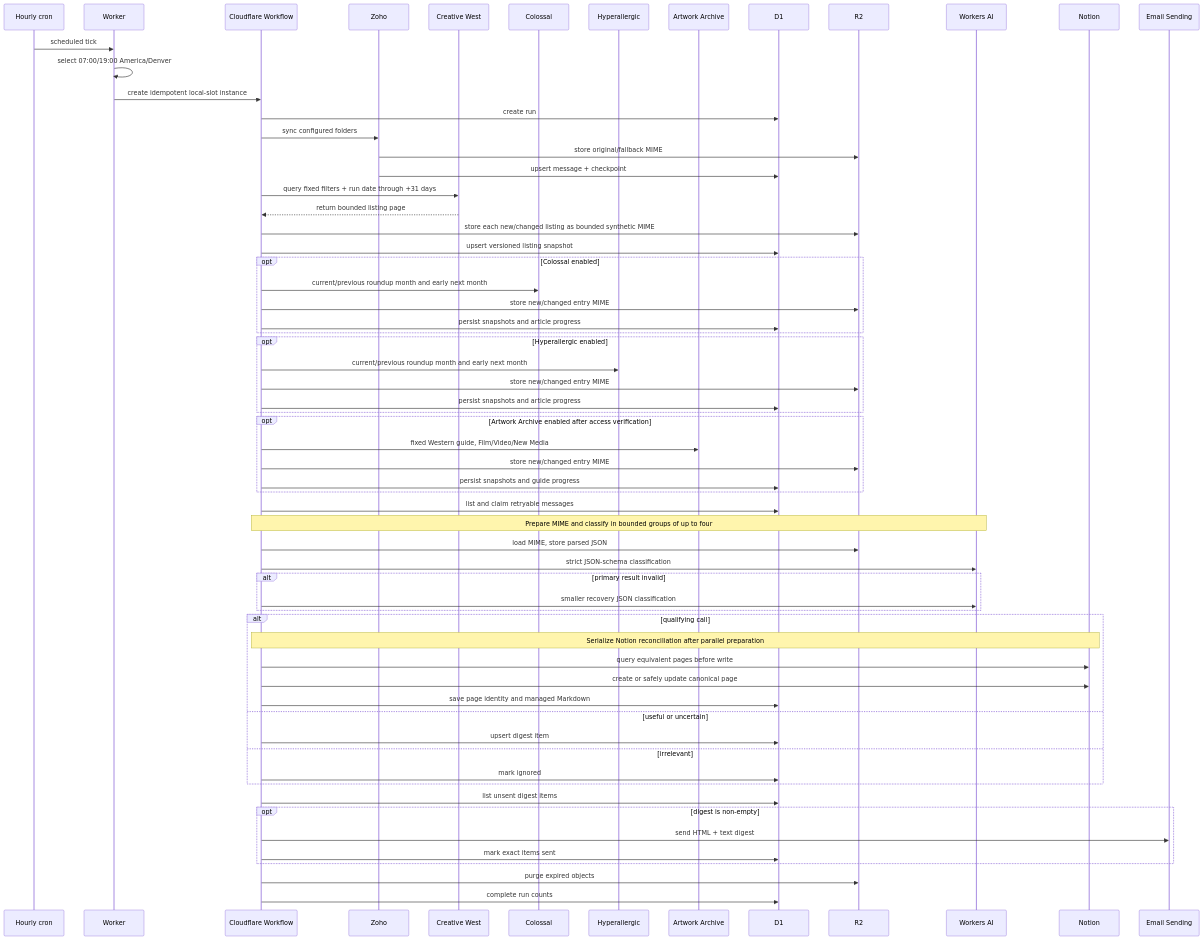
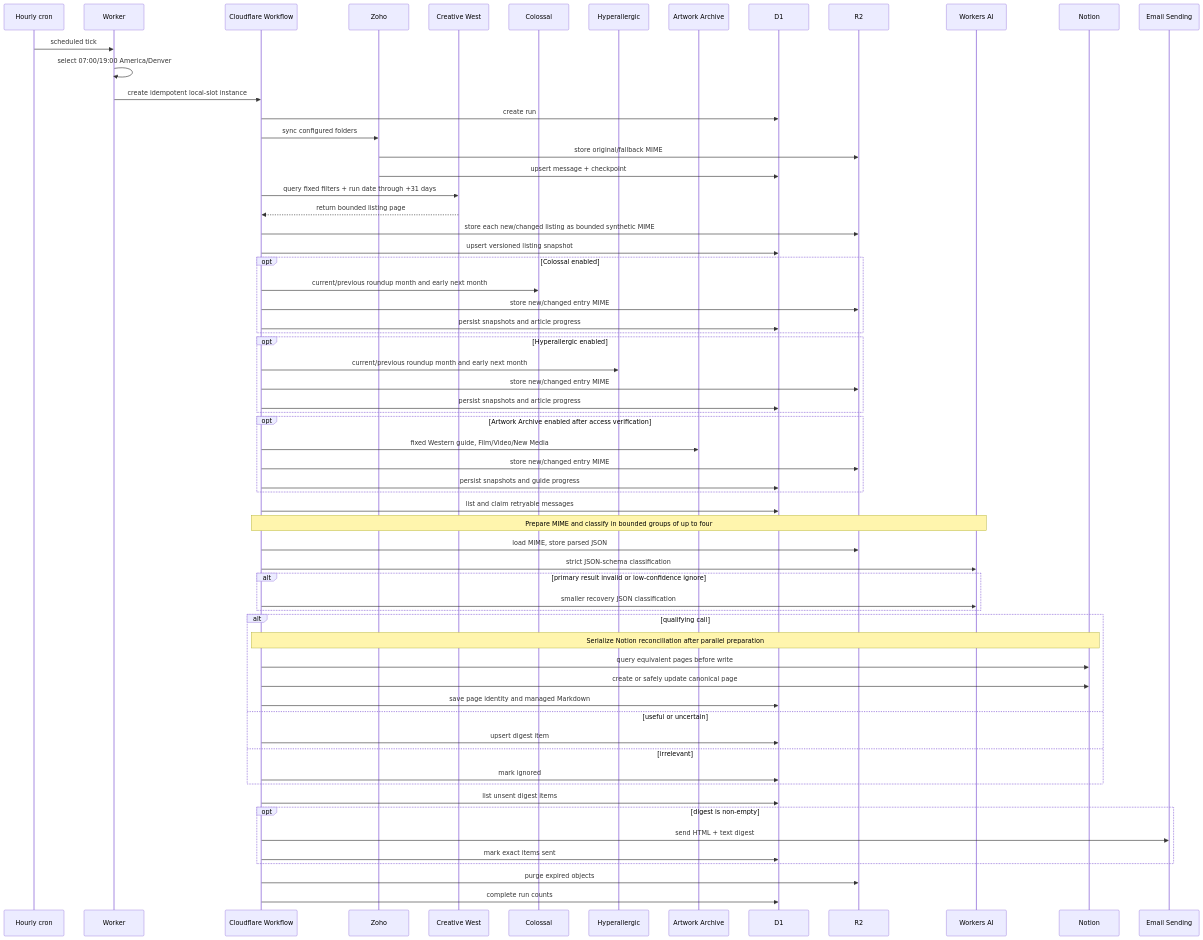
The diagram in docs/ARCHITECTURE.md (aindaco1/dust-wave-opportunity-radar), drawn with Mermaid before and after one commit. The commit also changed other lines of this file and 33 other files, not shown here.

````diff
--- a/docs/ARCHITECTURE.md
+++ b/docs/ARCHITECTURE.md
@@ -27,67 +27,67 @@
 ```mermaid
 sequenceDiagram
   participant Cron as Hourly cron
   participant Worker
   participant Flow as Cloudflare Workflow
   participant Zoho
   participant CW as Creative West
   participant Colossal
   participant Hyperallergic
   participant Artwork as Artwork Archive
   participant D1
   participant R2
   participant AI as Workers AI
   participant Notion
   participant Email as Email Sending
 
   Cron->>Worker: scheduled tick
   Worker->>Worker: select 07:00/19:00 America/Denver
   Worker->>Flow: create idempotent local-slot instance
   Flow->>D1: create run
   Flow->>Zoho: sync configured folders
   Zoho->>R2: store original/fallback MIME
   Zoho->>D1: upsert message + checkpoint
   Flow->>CW: query fixed filters + run date through +31 days
   CW-->>Flow: return bounded listing page
   Flow->>R2: store each new/changed listing as bounded synthetic MIME
   Flow->>D1: upsert versioned listing snapshot
   opt Colossal enabled
     Flow->>Colossal: current/previous roundup month and early next month
     Flow->>R2: store new/changed entry MIME
     Flow->>D1: persist snapshots and article progress
   end
   opt Hyperallergic enabled
     Flow->>Hyperallergic: current/previous roundup month and early next month
     Flow->>R2: store new/changed entry MIME
     Flow->>D1: persist snapshots and article progress
   end
   opt Artwork Archive enabled after access verification
     Flow->>Artwork: fixed Western guide, Film/Video/New Media
     Flow->>R2: store new/changed entry MIME
     Flow->>D1: persist snapshots and guide progress
   end
   Flow->>D1: list and claim retryable messages
   Note over Flow,AI: Prepare MIME and classify in bounded groups of up to four
   Flow->>R2: load MIME, store parsed JSON
   Flow->>AI: strict JSON-schema classification
-  alt primary result invalid
+  alt primary result invalid or low-confidence ignore
     Flow->>AI: smaller recovery JSON classification
   end
   alt qualifying call
     Note over Flow,Notion: Serialize Notion reconciliation after parallel preparation
     Flow->>Notion: query equivalent pages before write
     Flow->>Notion: create or safely update canonical page
     Flow->>D1: save page identity and managed Markdown
   else useful or uncertain
     Flow->>D1: upsert digest item
   else irrelevant
     Flow->>D1: mark ignored
   end
   Flow->>D1: list unsent digest items
   opt digest is non-empty
     Flow->>Email: send HTML + text digest
     Flow->>D1: mark exact items sent
   end
   Flow->>R2: purge expired objects
   Flow->>D1: complete run counts
 ```
````
